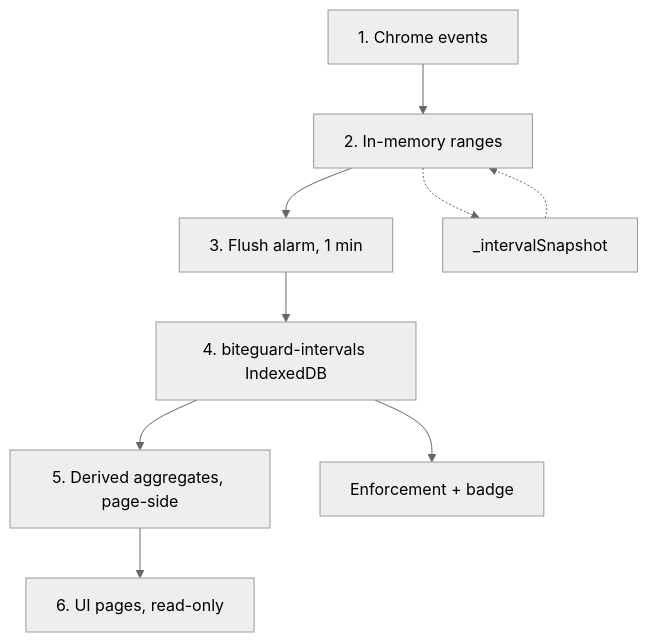
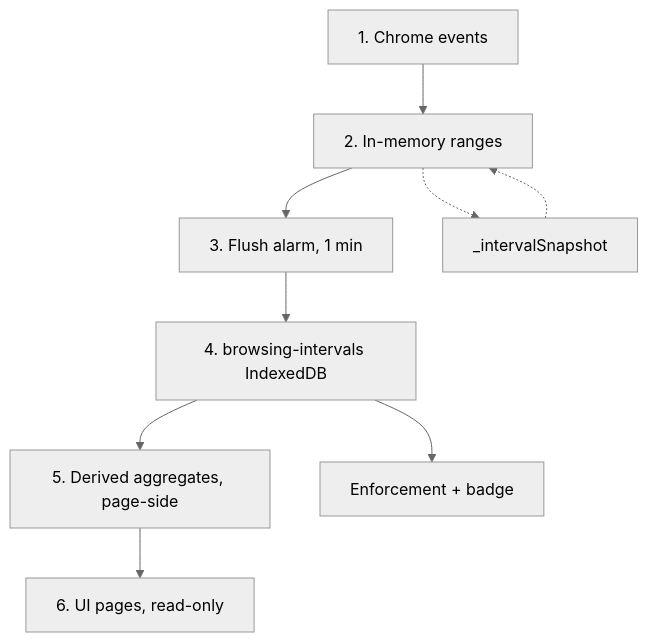
One commit to Plushly-Interactive/CoralClock changed the first of 2 diagrams in docs/architecture/architecture.md. Above: the diagram before and after it, drawn with Mermaid (neutral theme). The commit also changed other lines of this file and 4 other files, not shown here.

Commit message:
docs(storage): rename db to browsing-intervals; update docs

````diff
--- a/docs/architecture/architecture.md
+++ b/docs/architecture/architecture.md
@@ -9,20 +9,20 @@
 ```mermaid
 flowchart TD
   chrome[1. Chrome events]
   mem[2. In-memory ranges]
   flush[3. Flush alarm, 1 min]
-  store[4. biteguard-intervals IndexedDB]
+  store[4. browsing-intervals IndexedDB]
   snap[_intervalSnapshot]
   agg[5. Derived aggregates, page-side]
   ui[6. UI pages, read-only]
   enf[Enforcement + badge]
 
   chrome --> mem
   mem --> flush
   flush --> store
   mem -.-> snap
   snap -.-> mem
   store --> agg
   agg --> ui
   store --> enf
 ```
````
